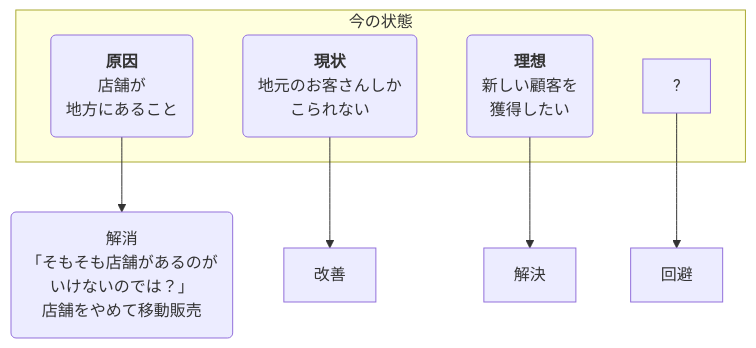
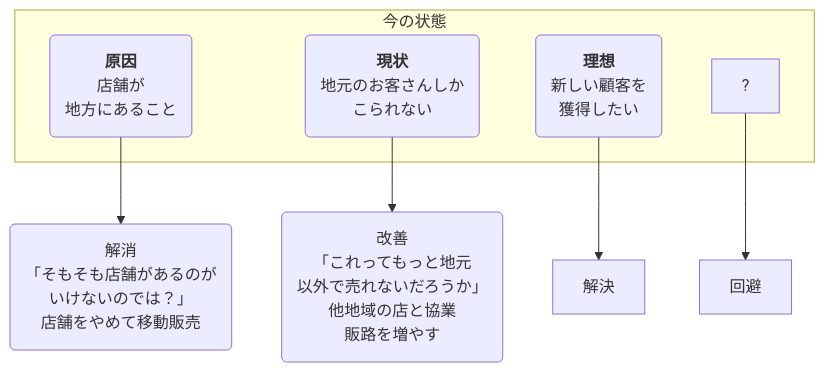
The fourth of 4 diagrams in 読書/発想の回路.md (JunSasaki0077/obsidian), drawn with Mermaid before and after one commit.

Commit message:
vault backup: 2026-04-09 10:11:43

````diff
--- a/読書/発想の回路.md
+++ b/読書/発想の回路.md
@@ -104,24 +104,29 @@
 ```mermaid
  graph TD
     c-->d;
-    b-->改善;
+    b-->e;
     a-->解決;
     ?-->回避;
     d("解消
     「そもそも店舗があるのが
     いけないのでは？」
     店舗をやめて移動販売")
+    e("改善
+    「これってもっと地元
+    以外で売れないだろうか」
+    他地域の店と協業
+    販路を増やす")
     subgraph ide1 [今の状態]
     b("`**現状**
     地元のお客さんしか
     こられない`");
     c("`**原因**
     店舗が
     地方にあること`");
     a("`**理想**
     新しい顧客を
     獲得したい`");
     ?;
     end
 
 ```
````
